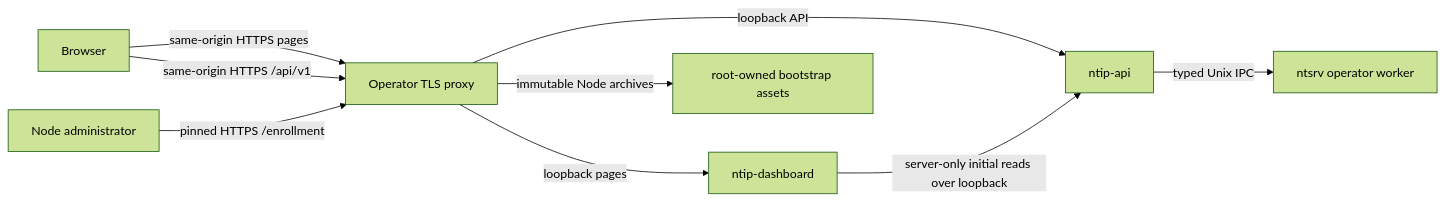
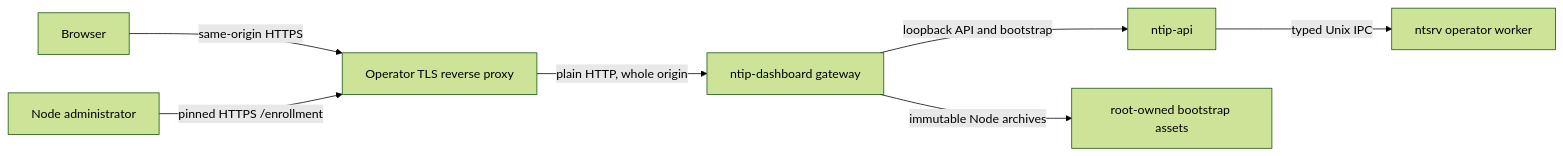
One commit to nulldoubt/ntip changed the third of 3 diagrams in docs/architecture.md. Above: the diagram before and after it, drawn with Mermaid (forest theme). The commit also changed other lines of this file and 34 other files, not shown here.

Commit message:
feat: expose dashboard through bounded HTTP gateway

````diff
--- a/docs/architecture.md
+++ b/docs/architecture.md
@@ -244,11 +244,9 @@
 ```mermaid
 flowchart LR
-    browser["Browser"] -->|"same-origin HTTPS pages"| proxy["Operator TLS proxy"]
-    browser -->|"same-origin HTTPS /api/v1"| proxy
+    browser["Browser"] -->|"same-origin HTTPS"| proxy["Operator TLS reverse proxy"]
     nodeadmin["Node administrator"] -->|"pinned HTTPS /enrollment"| proxy
-    proxy -->|"loopback pages"| dashboard["ntip-dashboard"]
-    proxy -->|"loopback API"| api["ntip-api"]
-    proxy -->|"immutable Node archives"| assets["root-owned bootstrap assets"]
-    dashboard -->|"server-only initial reads over loopback"| api
+    proxy -->|"plain HTTP, whole origin"| dashboard["ntip-dashboard gateway"]
+    dashboard -->|"loopback API and bootstrap"| api["ntip-api"]
+    dashboard -->|"immutable Node archives"| assets["root-owned bootstrap assets"]
     api -->|"typed Unix IPC"| operator["ntsrv operator worker"]
 ```
````
